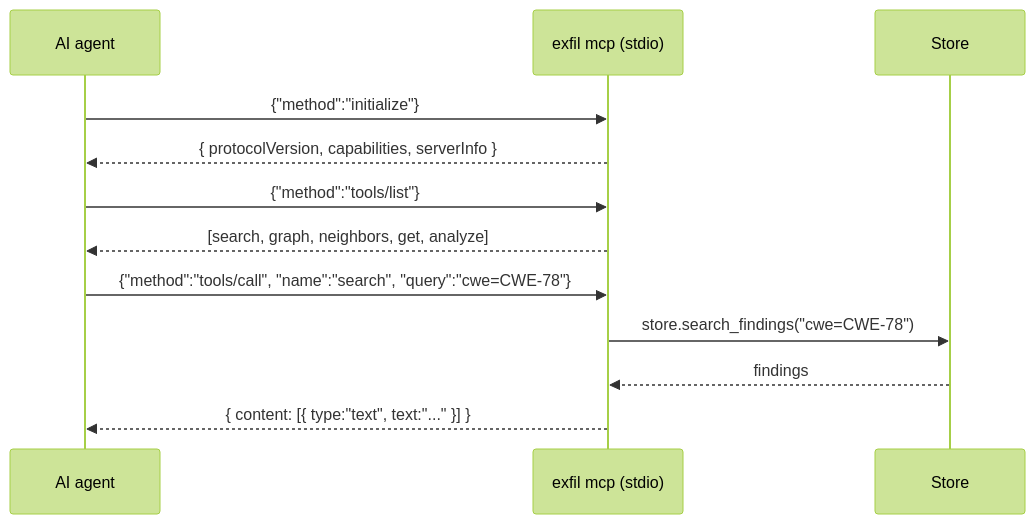
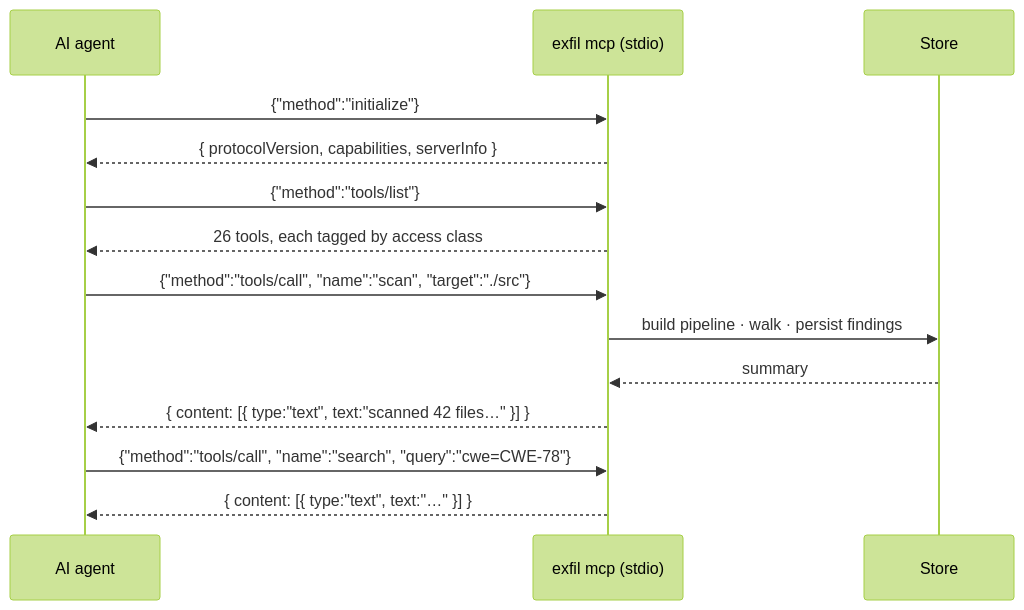
One commit to rangertaha/exfil changed the first of 6 diagrams in docs/src/architecture/integrations.md. Above: the diagram before and after it, drawn with Mermaid (forest theme). The commit also changed other lines of this file and 45 other files, not shown here.

````diff
--- a/docs/src/architecture/integrations.md
+++ b/docs/src/architecture/integrations.md
@@ -21,14 +29,16 @@
 ```mermaid
 sequenceDiagram
     participant A as AI agent
     participant S as exfil mcp (stdio)
     participant DB as Store
     A->>S: {"method":"initialize"}
     S-->>A: { protocolVersion, capabilities, serverInfo }
     A->>S: {"method":"tools/list"}
-    S-->>A: [search, graph, neighbors, get, analyze]
+    S-->>A: 26 tools, each tagged by access class
+    A->>S: {"method":"tools/call", "name":"scan", "target":"./src"}
+    S->>DB: build pipeline · walk · persist findings
+    DB-->>S: summary
+    S-->>A: { content: [{ type:"text", text:"scanned 42 files…" }] }
     A->>S: {"method":"tools/call", "name":"search", "query":"cwe=CWE-78"}
-    S->>DB: store.search_findings("cwe=CWE-78")
-    DB-->>S: findings
-    S-->>A: { content: [{ type:"text", text:"..." }] }
+    S-->>A: { content: [{ type:"text", text:"…" }] }
 ```
````
